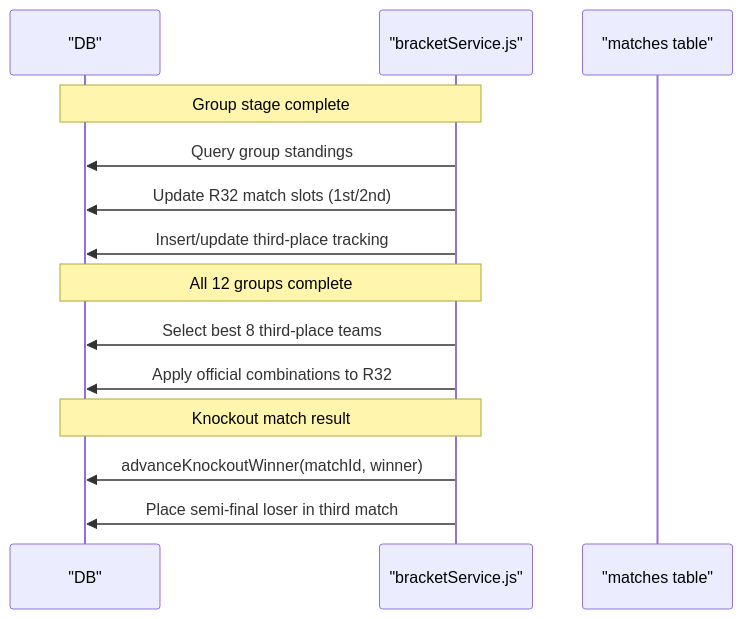
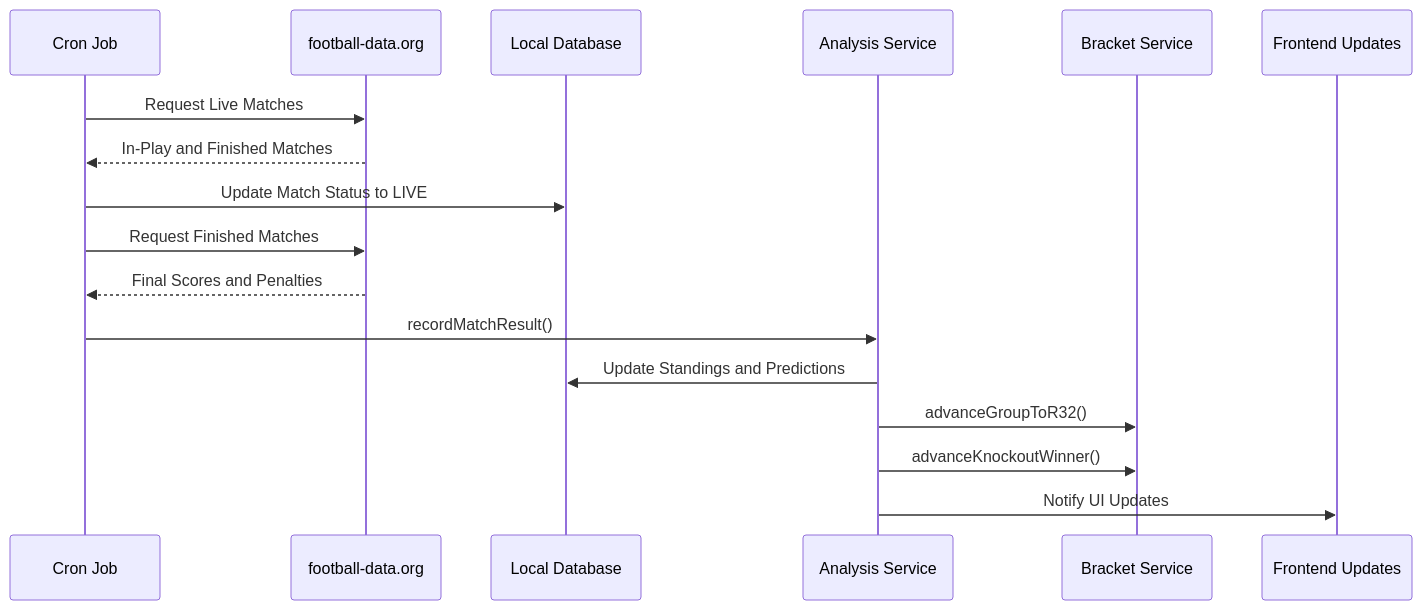
One commit to cheesiong/WC26-qwen changed the sixth of 9 diagrams in .qoder/repowiki/en/content/Tournament Management/Tournament Management.md. Above: the diagram before and after it, drawn with Mermaid. The commit also changed other lines of this file and 181 other files, not shown here.

````diff
--- a/.qoder/repowiki/en/content/Tournament Management/Tournament Management.md
+++ b/.qoder/repowiki/en/content/Tournament Management/Tournament Management.md
@@ -156,16 +275,19 @@
 ```mermaid
 sequenceDiagram
-participant DB as "DB"
-participant Bracket as "bracketService.js"
-participant Matches as "matches table"
-Note over DB,Bracket : Group stage complete
-Bracket->>DB : Query group standings
-Bracket->>DB : Update R32 match slots (1st/2nd)
-Bracket->>DB : Insert/update third-place tracking
-Note over DB,Bracket : All 12 groups complete
-Bracket->>DB : Select best 8 third-place teams
-Bracket->>DB : Apply official combinations to R32
-Note over DB,Bracket : Knockout match result
-Bracket->>DB : advanceKnockoutWinner(matchId, winner)
-Bracket->>DB : Place semi-final loser in third match
+participant Cron as Cron Job
+participant API as football-data.org
+participant DB as Local Database
+participant Analyzer as Analysis Service
+participant Bracket as Bracket Service
+participant Frontend as Frontend Updates
+Cron->>API : Request Live Matches
+API-->>Cron : In-Play and Finished Matches
+Cron->>DB : Update Match Status to LIVE
+Cron->>API : Request Finished Matches
+API-->>Cron : Final Scores and Penalties
+Cron->>Analyzer : recordMatchResult()
+Analyzer->>DB : Update Standings and Predictions
+Analyzer->>Bracket : advanceGroupToR32()
+Analyzer->>Bracket : advanceKnockoutWinner()
+Analyzer->>Frontend : Notify UI Updates
 ```
````
